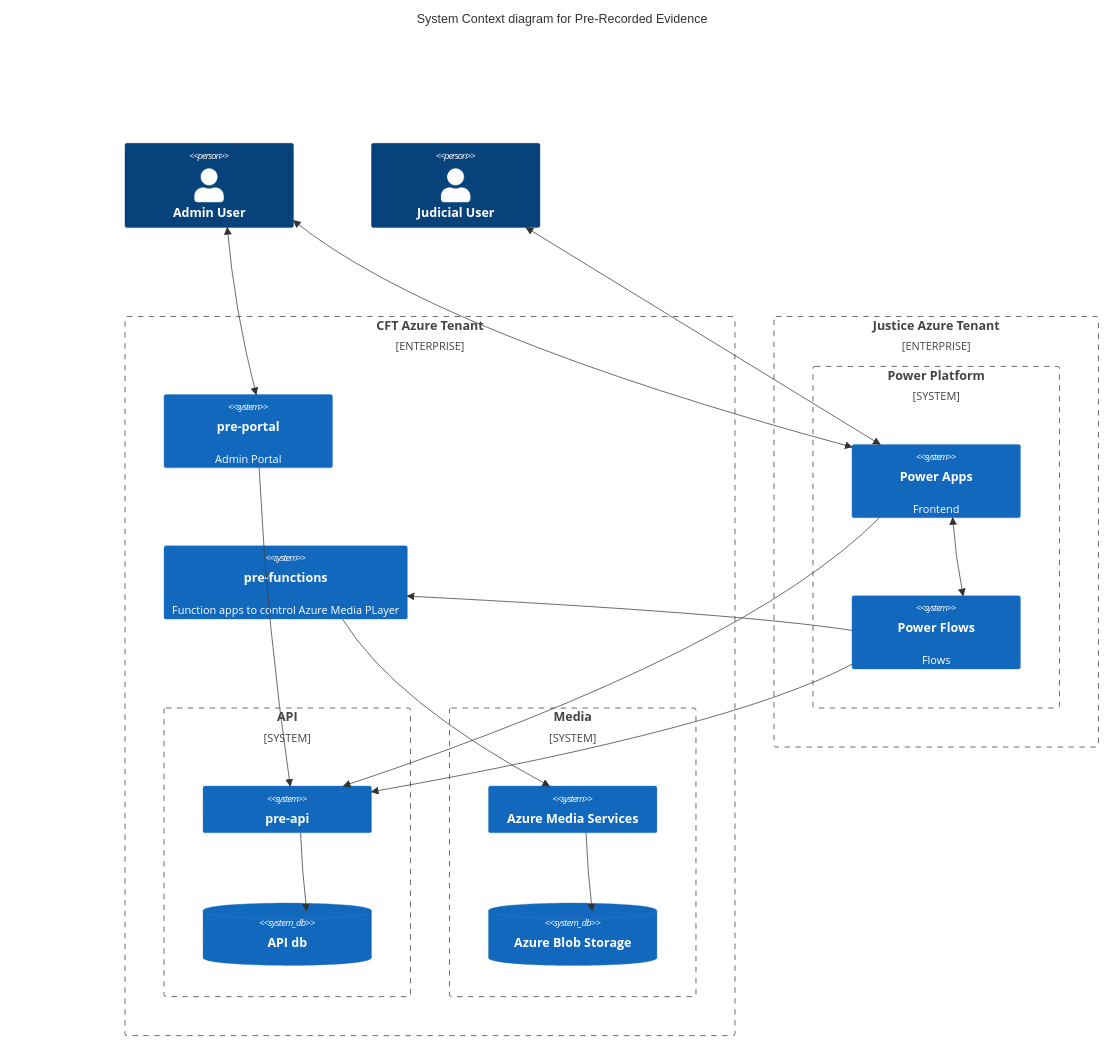
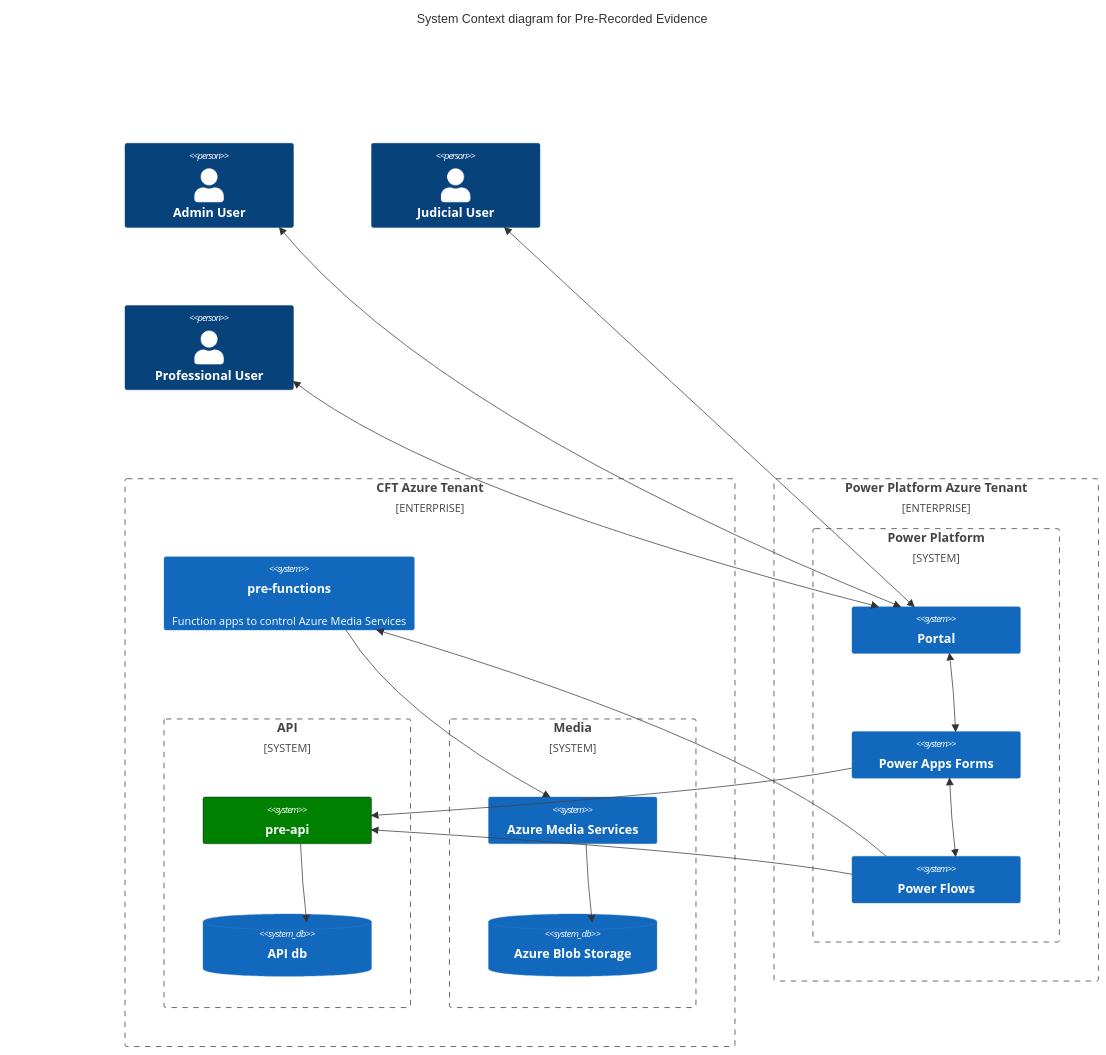
Before and after one commit to hmcts/pre-api: the diagram in README.md, drawn with Mermaid.

Commit message:
Update diagram

````diff
--- a/README.md
+++ b/README.md
@@ -13,45 +13,48 @@
 ```mermaid
     C4Context
       title System Context diagram for Pre-Recorded Evidence
 
       Person(adminUser, "Admin User", "")
       Person(judicialUser, "Judicial User", "")
+      Person(professionalUser, "Professional User", "")
 
       Enterprise_Boundary(a0, "CFT Azure Tenant") {
 
-        System(frontend, "pre-portal", "Admin Portal")
-        System(function, "pre-functions", "Function apps to control Azure Media PLayer")
+        System(function, "pre-functions", "Function apps to control Azure Media Services")
 
         System_Boundary(api, "API") {
             System(api, "pre-api")
             SystemDb(db, "API db")
         }
 
         System_Boundary(media, "Media") {
             System(ams, "Azure Media Services")
             SystemDb(blob, "Azure Blob Storage")
         }
 
       }
 
-      Enterprise_Boundary(a1, "Justice Azure Tenant") {
+      Enterprise_Boundary(a1, "Power Platform Azure Tenant") {
 
         System_Boundary(PowerPlatform, "Power Platform") {
-            System(PowerApps, "Power Apps", "Frontend")
-            System(PowerFlows, "Power Flows", "Flows")
+            System(Portal, "Portal", "")
+            System(PowerApps, "Power Apps Forms", "")
+            System(PowerFlows, "Power Flows", "")
         }
       }
 
-      BiRel(judicialUser, PowerApps, "")
-      BiRel(adminUser, PowerApps, "")
-      BiRel(adminUser, frontend, "")
+      BiRel(judicialUser, Portal, "")
+      BiRel(adminUser, Portal, "")
+      BiRel(professionalUser, Portal, "")
       BiRel(PowerApps, PowerFlows, "")
+      BiRel(PowerApps, Portal, "")
       Rel(PowerApps, api, "")
       Rel(PowerFlows, api, "")
       Rel(PowerFlows, function, "")
       Rel(api, db, "")
-      Rel(frontend, api, "")
       Rel(ams, blob, "")
       Rel(function, ams, "")
+      UpdateElementStyle(api,  $bgColor="green", $borderColor="black")
+
 
 ```
````
